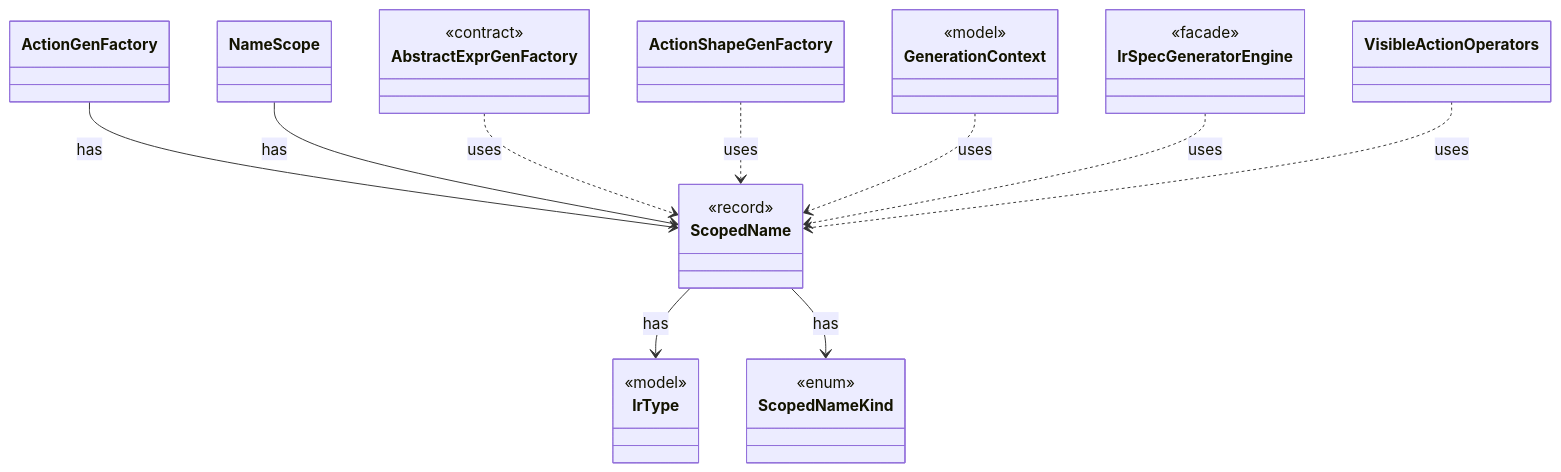
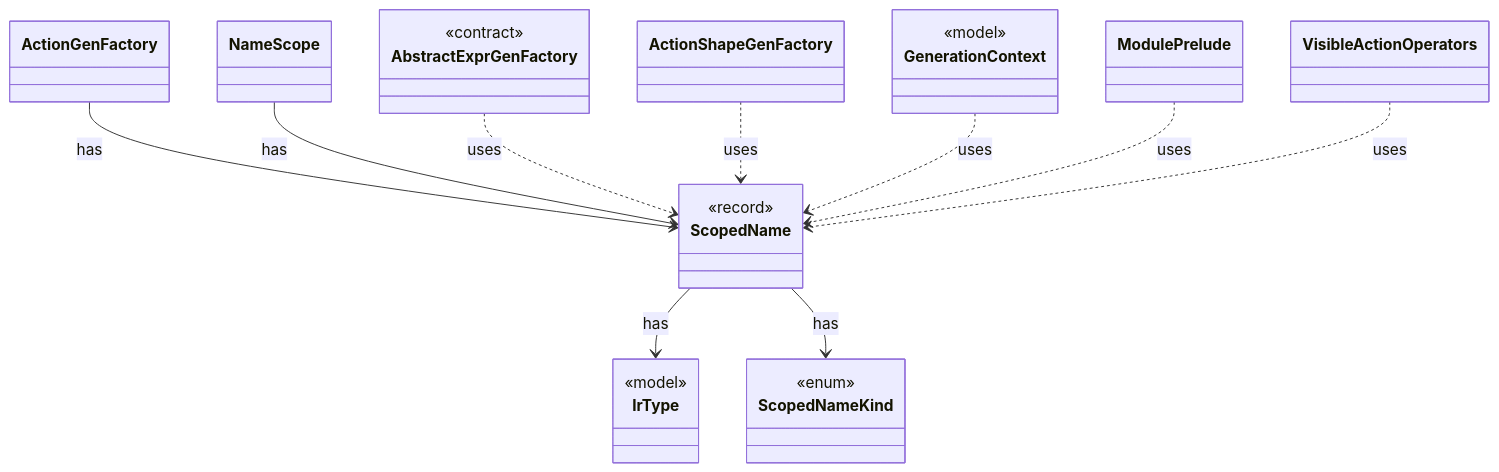
One commit to tlaplus/model-checker-hardening changed the diagram in dev/types/io.github.tlaplus.hardening.gen.engine.ScopedName.md. Above: the diagram before and after it, drawn with Mermaid. The commit also changed other lines of this file and 401 other files, not shown here.

````diff
--- a/dev/types/io.github.tlaplus.hardening.gen.engine.ScopedName.md
+++ b/dev/types/io.github.tlaplus.hardening.gen.engine.ScopedName.md
@@ -7,34 +7,32 @@
 ```mermaid
 classDiagram
   class ScopedName {
     <<record>>
   }
   class IrType {
     <<model>>
   }
   class ScopedNameKind {
     <<enum>>
   }
   class ActionGenFactory
   class NameScope
   class AbstractExprGenFactory {
     <<contract>>
   }
   class ActionShapeGenFactory
   class GenerationContext {
     <<model>>
   }
-  class IrSpecGeneratorEngine {
-    <<facade>>
-  }
+  class ModulePrelude
   class VisibleActionOperators
   ScopedName --> IrType : has
   ScopedName --> ScopedNameKind : has
   ActionGenFactory --> ScopedName : has
   NameScope --> ScopedName : has
   AbstractExprGenFactory ..> ScopedName : uses
   ActionShapeGenFactory ..> ScopedName : uses
   GenerationContext ..> ScopedName : uses
-  IrSpecGeneratorEngine ..> ScopedName : uses
+  ModulePrelude ..> ScopedName : uses
   VisibleActionOperators ..> ScopedName : uses
 ```
````
